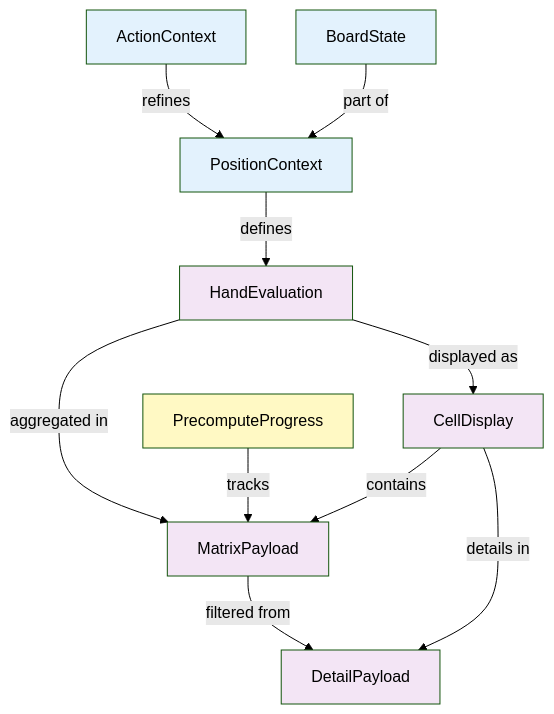
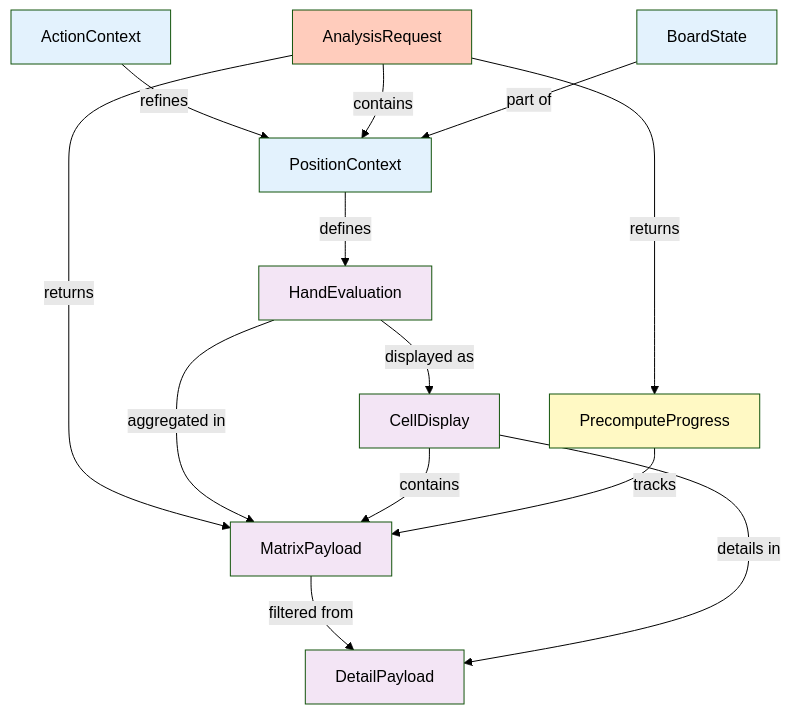
Before and after one commit to mamiral/riverghost: the second of 3 diagrams in docs/aof_gto_browser_ii/implementation/02_SHARED_MODELS/00_INDEX.md, drawn with Mermaid (forest theme). The commit also changed other lines of this file and 1 other file, not shown here.

Commit message:
feat: Add AnalysisRequest DTO for complete analysis requests between frontend and backend

````diff
--- a/docs/aof_gto_browser_ii/implementation/02_SHARED_MODELS/00_INDEX.md
+++ b/docs/aof_gto_browser_ii/implementation/02_SHARED_MODELS/00_INDEX.md
@@ -137,30 +138,35 @@
 ```mermaid
 graph TB
     PC["PositionContext"]
     AC["ActionContext"]
+    AR["AnalysisRequest"] 
     BS["BoardState"]
     HE["HandEvaluation"]
     MP["MatrixPayload"]
     CD["CellDisplay"]
     DP["DetailPayload"]
     PP["PrecomputeProgress"]
     
     PC -->|defines| HE
     AC -->|refines| PC
+    AR -->|contains| PC
+    AR -->|returns| MP
+    AR -->|returns| PP
     BS -->|part of| PC
     HE -->|aggregated in| MP
     CD -->|contains| MP
     HE -->|displayed as| CD
     MP -->|filtered from| DP
     CD -->|details in| DP
     PP -->|tracks| MP
     
     style PC fill:#e3f2fd
     style AC fill:#e3f2fd
+    style AR fill:#ffccbc
     style BS fill:#e3f2fd
     style HE fill:#f3e5f5
     style MP fill:#f3e5f5
     style CD fill:#f3e5f5
     style DP fill:#f3e5f5
     style PP fill:#fff9c4
 ```
````
